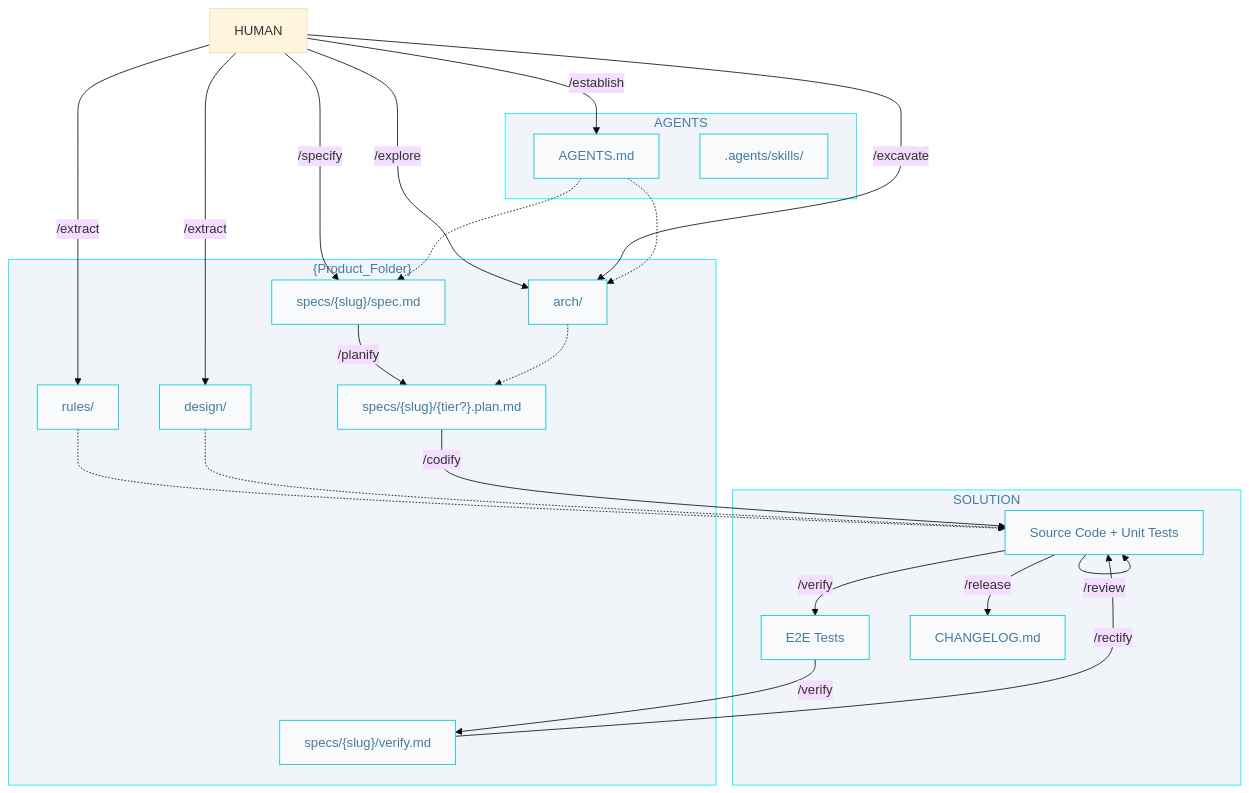
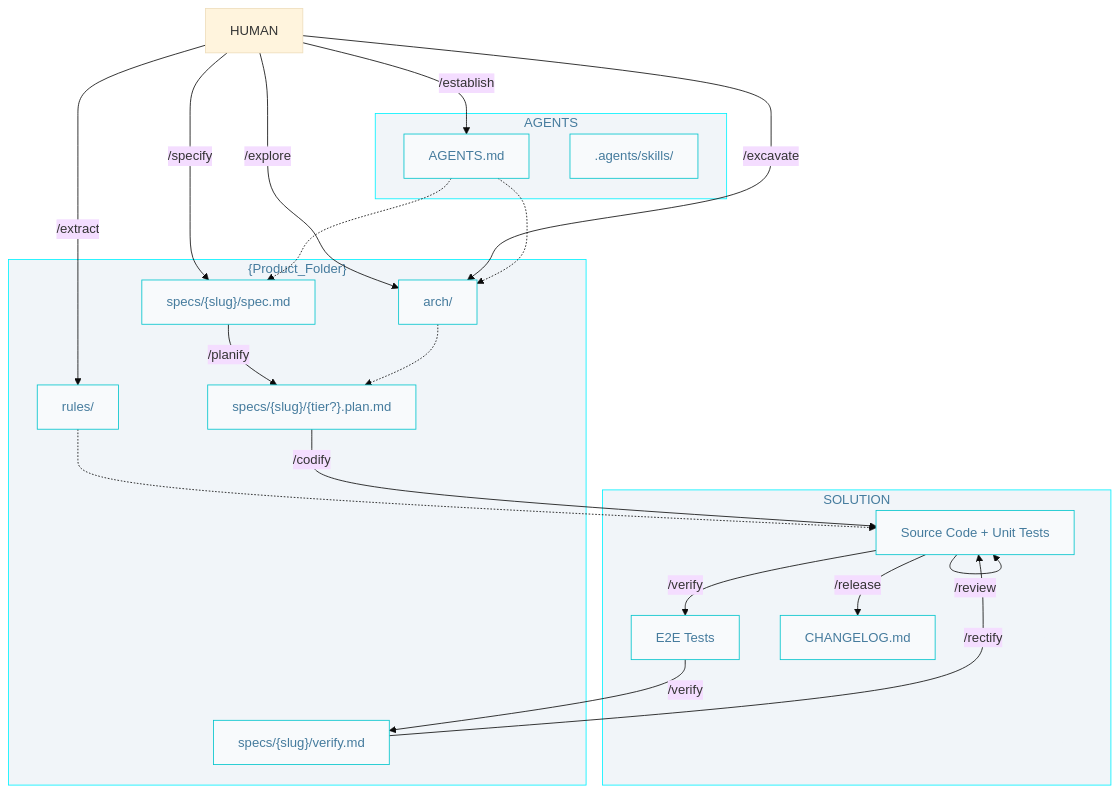
Before and after one commit to AIDDbot/AIDDbot: the diagram in docs/AIDD.workflow.md, drawn with Mermaid (base theme). The commit also changed other lines of this file and 8 other files, not shown here.

````diff
--- a/docs/AIDD.workflow.md
+++ b/docs/AIDD.workflow.md
@@ -3,49 +3,46 @@
 ```mermaid
 flowchart TD
   classDef nd fill:#f8fafc,stroke:#00c4cc,color:#457b9d
   classDef sg fill:#f1f5f9,stroke:#00f2ff,color:#457b9d 
 
   HUM[HUMAN]
 
   subgraph P["{Product_Folder}"]
       SPC["specs/{slug}/spec.md"]:::nd
       PLN["specs/{slug}/{tier?}.plan.md"]:::nd
       VER["specs/{slug}/verify.md"]:::nd
       ARC["arch/"]:::nd
       RUL["rules/"]:::nd
-      DES["design/"]:::nd
   end
 
   subgraph A["AGENTS"]
       AGT["AGENTS.md"]:::nd
       SKL[".agents/skills/"]:::nd
   end  
 
   subgraph S["SOLUTION"]
       COD["Source Code + Unit Tests"]:::nd
       E2E["E2E Tests"]:::nd
       CHL["CHANGELOG.md"]:::nd
   end
 
   HUM -->|/establish| AGT
   HUM -->|/explore| ARC
   HUM -->|/excavate| ARC
   HUM -->|/extract| RUL
   HUM -->|/specify| SPC
-  HUM -->|/extract| DES
   AGT -.-> SPC  
   AGT -.-> ARC
   RUL -.-> COD  
   SPC -->|/planify| PLN
   ARC -.-> PLN
-  DES -.-> COD
 
   PLN -->|/codify| COD
   COD -->|/verify| E2E
   E2E -->|/verify| VER
   VER -->|/rectify| COD
   COD -->|/review| COD
   COD -->|/release| CHL
 
   class P,A,S sg
 ```
````
